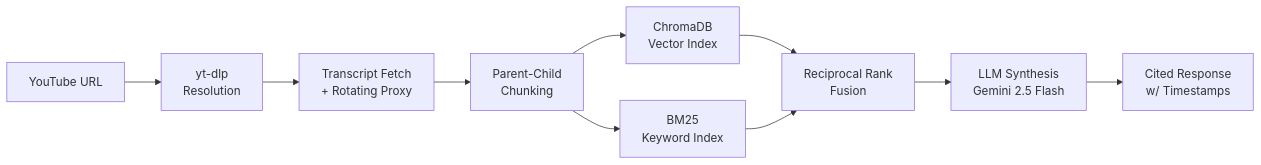
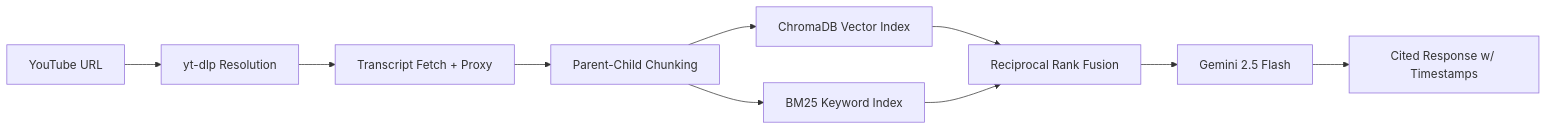
The diagram in README.md (justinduplain/youtube-transcript-rag), drawn with Mermaid before and after one commit.

Commit message:
fix flow chart

````diff
--- a/README.md
+++ b/README.md
@@ -11,12 +11,12 @@
 ```mermaid
 flowchart LR
-    A[YouTube URL] --> B[yt-dlp\nResolution]
-    B --> C[Transcript Fetch\n+ Rotating Proxy]
-    C --> D[Parent-Child\nChunking]
-    D --> E[ChromaDB\nVector Index]
-    D --> F[BM25\nKeyword Index]
-    E --> G[Reciprocal Rank\nFusion]
+    A[YouTube URL] --> B[yt-dlp Resolution]
+    B --> C[Transcript Fetch + Proxy]
+    C --> D[Parent-Child Chunking]
+    D --> E[ChromaDB Vector Index]
+    D --> F[BM25 Keyword Index]
+    E --> G[Reciprocal Rank Fusion]
     F --> G
-    G --> H[LLM Synthesis\nGemini 2.5 Flash]
-    H --> I[Cited Response\nw/ Timestamps]
+    G --> H[Gemini 2.5 Flash]
+    H --> I[Cited Response w/ Timestamps]
 ```
````
